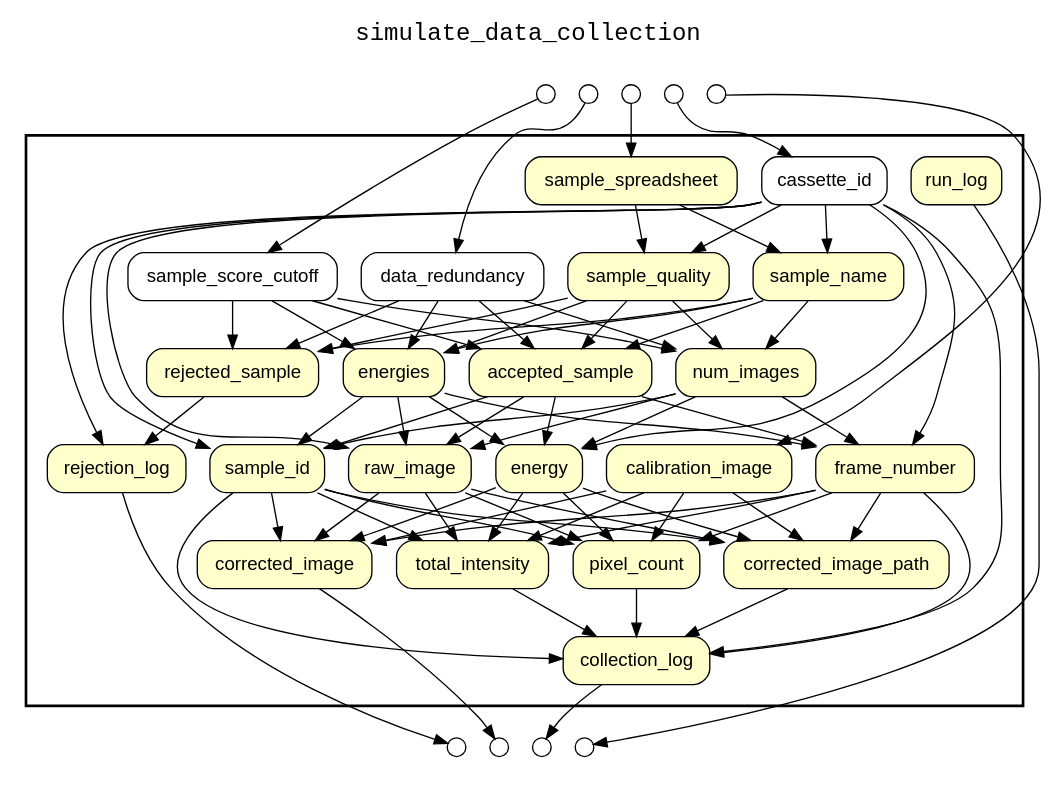
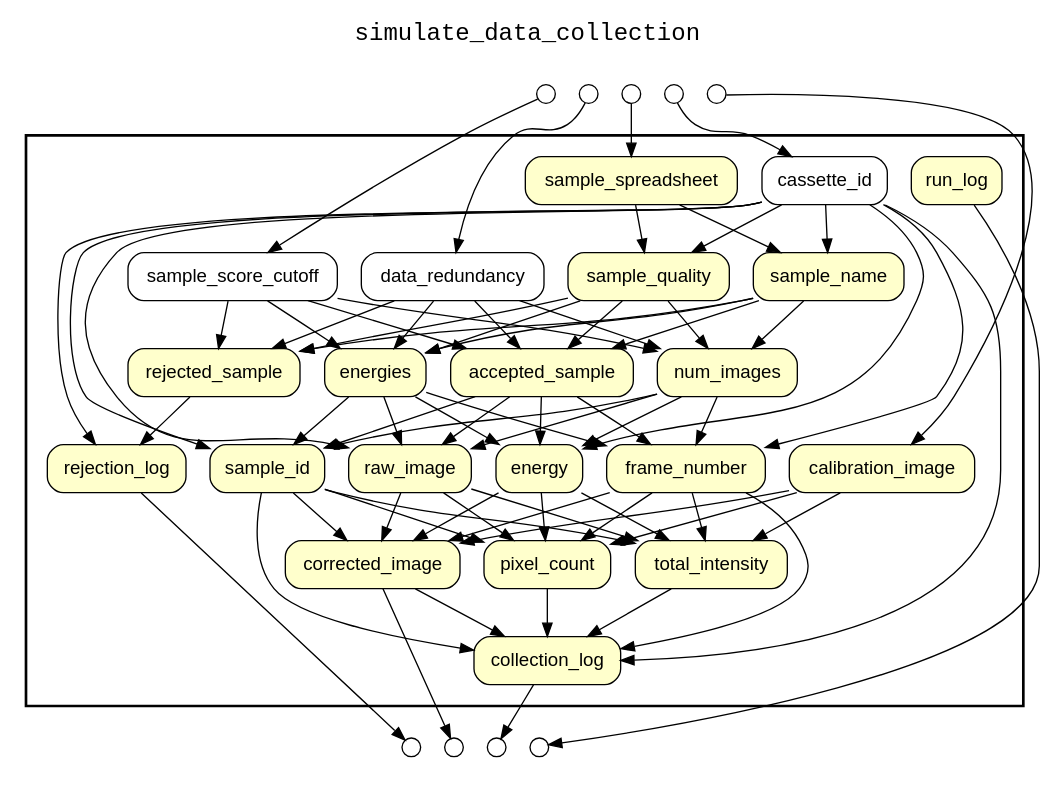
The diagram in examples/simulate_data_collection/yw_data_graph.gv (yesworkflow-org/yw-noworkflow), drawn with Graphviz before and after one commit. The commit also changed 26 other files, not shown here.

```diff
--- a/examples/simulate_data_collection/yw_data_graph.gv
+++ b/examples/simulate_data_collection/yw_data_graph.gv
@@ -1,123 +1,117 @@
 
 digraph yw_data_view {
 rankdir=TB
 fontname=Courier; fontsize=18; labelloc=t
 label="simulate_data_collection"
 subgraph cluster_workflow { label=""; color=black; penwidth=2
 subgraph cluster_workflow_inner { label=""; color=white
 node[shape=box style="rounded,filled" fillcolor="#FFFFCC" peripheries=1 fontname=Helvetica]
 run_log
 sample_spreadsheet
 sample_name
 sample_quality
 accepted_sample
 rejected_sample
 num_images
 energies
 rejection_log
 sample_id
 energy
 frame_number
 raw_image
 calibration_image
 corrected_image
-corrected_image_path
 total_intensity
 pixel_count
 collection_log
 node[shape=box style="rounded,filled" fillcolor="#FFFFFF" peripheries=1 fontname=Helvetica]
 sample_score_cutoff
 data_redundancy
 cassette_id
 }}
 subgraph cluster_inflows { label=""; color=white; penwidth=2
 subgraph cluster_inflows_inner { label=""; color=white
 node[shape=circle fillcolor="#FFFFFF" peripheries=1 width=0.2]
 sample_spreadsheet_inflow [label=""]
 calibration_image_inflow [label=""]
 sample_score_cutoff_inflow [label=""]
 data_redundancy_inflow [label=""]
 cassette_id_inflow [label=""]
 }}
 subgraph cluster_outflows { label=""; color=white; penwidth=2
 subgraph cluster_outflows_inner { label=""; color=white
 node[shape=circle fillcolor="#FFFFFF" peripheries=1 width=0.2]
 rejection_log_outflow [label=""]
 collection_log_outflow [label=""]
 run_log_outflow [label=""]
 corrected_image_outflow [label=""]
 }}
 cassette_id -> sample_name
 sample_spreadsheet -> sample_name
 cassette_id -> sample_quality
 sample_spreadsheet -> sample_quality
 sample_name -> accepted_sample
 sample_quality -> accepted_sample
 sample_score_cutoff -> accepted_sample
 data_redundancy -> accepted_sample
 sample_name -> rejected_sample
 sample_quality -> rejected_sample
 sample_score_cutoff -> rejected_sample
 data_redundancy -> rejected_sample
 sample_name -> num_images
 sample_quality -> num_images
 sample_score_cutoff -> num_images
 data_redundancy -> num_images
 sample_name -> energies
 sample_quality -> energies
 sample_score_cutoff -> energies
 data_redundancy -> energies
 cassette_id -> rejection_log
 rejected_sample -> rejection_log
 cassette_id -> sample_id
 accepted_sample -> sample_id
 num_images -> sample_id
 energies -> sample_id
 cassette_id -> energy
 accepted_sample -> energy
 num_images -> energy
 energies -> energy
 cassette_id -> frame_number
 accepted_sample -> frame_number
 num_images -> frame_number
 energies -> frame_number
 cassette_id -> raw_image
 accepted_sample -> raw_image
 num_images -> raw_image
 energies -> raw_image
 sample_id -> corrected_image
 energy -> corrected_image
 frame_number -> corrected_image
 raw_image -> corrected_image
 calibration_image -> corrected_image
-sample_id -> corrected_image_path
-energy -> corrected_image_path
-frame_number -> corrected_image_path
-raw_image -> corrected_image_path
-calibration_image -> corrected_image_path
 sample_id -> total_intensity
 energy -> total_intensity
 frame_number -> total_intensity
 raw_image -> total_intensity
 calibration_image -> total_intensity
 sample_id -> pixel_count
 energy -> pixel_count
 frame_number -> pixel_count
 raw_image -> pixel_count
 calibration_image -> pixel_count
 cassette_id -> collection_log
 sample_id -> collection_log
 frame_number -> collection_log
-corrected_image_path -> collection_log
+corrected_image -> collection_log
 total_intensity -> collection_log
 pixel_count -> collection_log
 sample_spreadsheet_inflow -> sample_spreadsheet
 calibration_image_inflow -> calibration_image
 sample_score_cutoff_inflow -> sample_score_cutoff
 data_redundancy_inflow -> data_redundancy
 cassette_id_inflow -> cassette_id
 rejection_log -> rejection_log_outflow
 collection_log -> collection_log_outflow
 run_log -> run_log_outflow
 corrected_image -> corrected_image_outflow
 }
```
